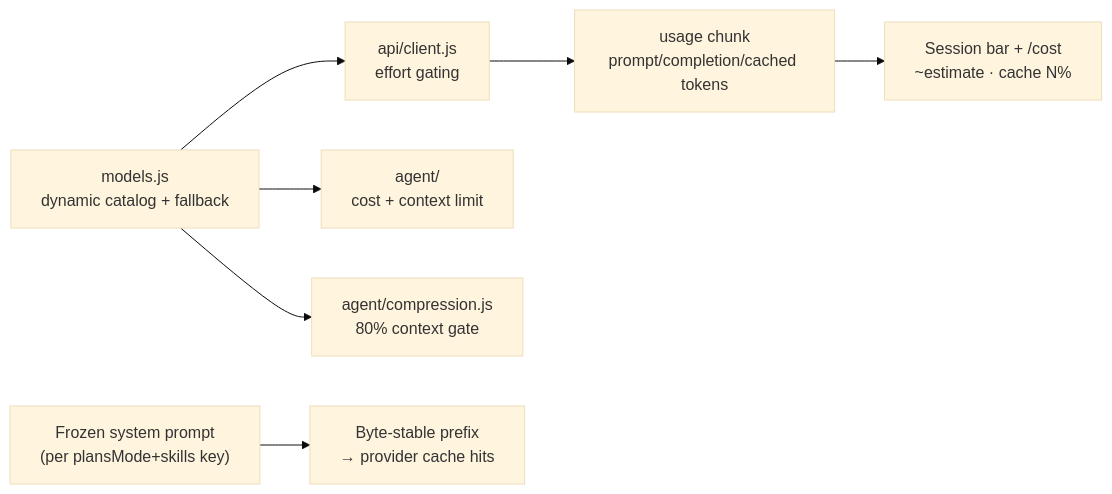
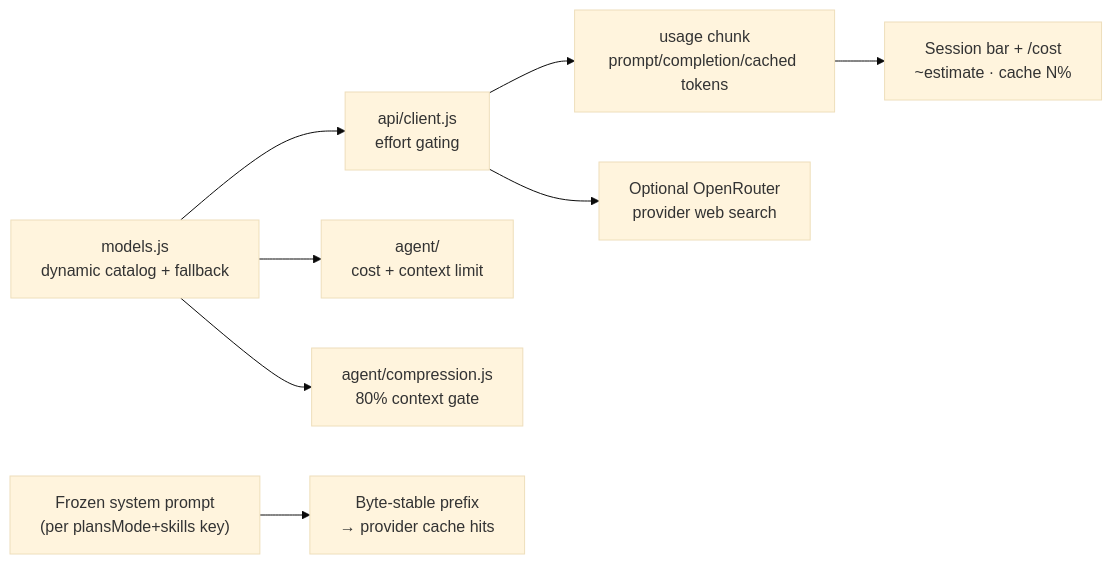
The diagram in features/model-system.md (heyalmeida/emile-cli), drawn with Mermaid (base theme) before and after one commit. The commit also changed other lines of this file and 15 other files, not shown here.

First line of the commit message:
docs(agent): document web search and tool reliability

````diff
--- a/features/model-system.md
+++ b/features/model-system.md
@@ -19,9 +19,10 @@
 ```mermaid
 flowchart LR
     T["models.js<br/>dynamic catalog + fallback"] --> API["api/client.js<br/>effort gating"]
     T --> AGENT["agent/<br/>cost + context limit"]
     T --> COMPRESS["agent/compression.js<br/>80% context gate"]
     SP["Frozen system prompt<br/>(per plansMode+skills key)"] --> PREFIX["Byte-stable prefix<br/>→ provider cache hits"]
     API --> U["usage chunk<br/>prompt/completion/cached tokens"]
     U --> SB["Session bar + /cost<br/>~estimate · cache N%"]
+    API --> WS["Optional OpenRouter<br/>provider web search"]
 ```
````
